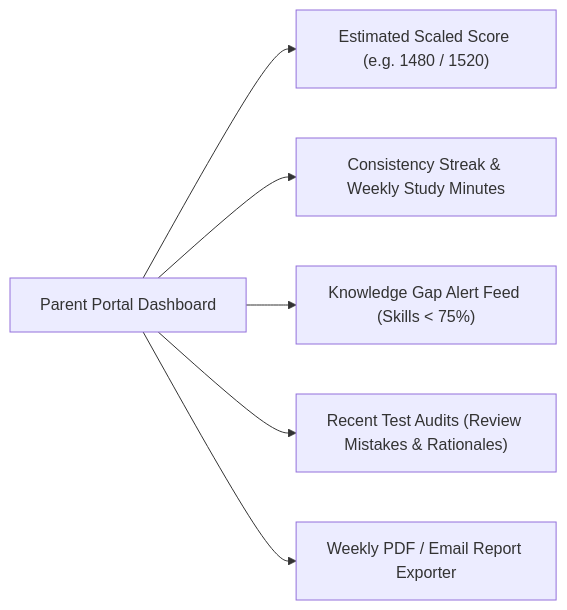
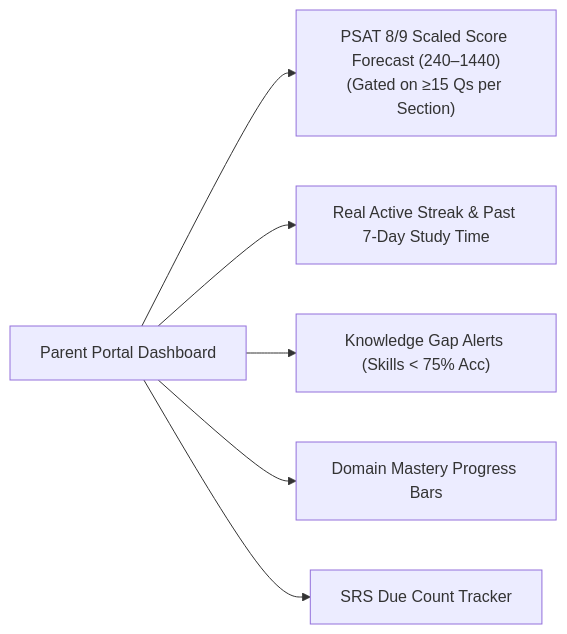
The third of 3 diagrams in SYSTEM_ARCHITECTURE_AND_PLAN.md (as17237/psat-prep), drawn with Mermaid before and after one commit. The commit also changed other lines of this file and 13 other files, not shown here.

Commit message:
fix(round-2): address all review items (section score gating, local calendar dates, prose FR parsing, dynamic mismatch detection, uploader hardening)

````diff
--- a/SYSTEM_ARCHITECTURE_AND_PLAN.md
+++ b/SYSTEM_ARCHITECTURE_AND_PLAN.md
@@ -242,8 +176,8 @@
 ```mermaid
 graph LR
-    Parent["Parent Portal Dashboard"] --> P1["Estimated Scaled Score (e.g. 1480 / 1520)"]
-    Parent --> P2["Consistency Streak & Weekly Study Minutes"]
-    Parent --> P3["Knowledge Gap Alert Feed (Skills < 75%)"]
-    Parent --> P4["Recent Test Audits (Review Mistakes & Rationales)"]
-    Parent --> P5["Weekly PDF / Email Report Exporter"]
+    Parent["Parent Portal Dashboard"] --> P1["PSAT 8/9 Scaled Score Forecast (240–1440)\n(Gated on ≥15 Qs per Section)"]
+    Parent --> P2["Real Active Streak & Past 7-Day Study Time"]
+    Parent --> P3["Knowledge Gap Alerts (Skills < 75% Acc)"]
+    Parent --> P4["Domain Mastery Progress Bars"]
+    Parent --> P5["SRS Due Count Tracker"]
 ```
````
